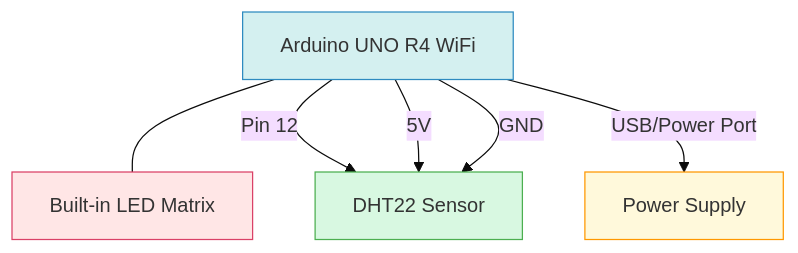
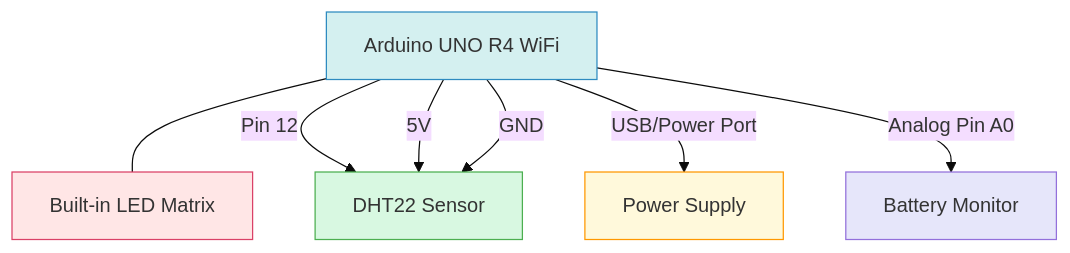
The second of 5 diagrams in README.md (Best-Company-A-S/office-clima-device), drawn with Mermaid (base theme) before and after one commit. The commit also changed other lines of this file and 1 other file, not shown here.

Commit message:
Updated README.md to include new features such as battery monitoring, OTA updates, and enhanced data buffering. Added project status section and updated installation instructions. Improved communication protocol details with battery status information.

````diff
--- a/README.md
+++ b/README.md
@@ -41,13 +55,15 @@
 ```mermaid
 graph TD
     A[Arduino UNO R4 WiFi] --- B[Built-in LED Matrix]
     A -- Pin 12 --> C[DHT22 Sensor]
     A -- 5V --> C
     A -- GND --> C
     A -- USB/Power Port --> D[Power Supply]
+    A -- Analog Pin A0 --> E[Battery Monitor]
 
     style A fill:#d4f0f0,stroke:#2E8BC0
     style B fill:#FFE6E6,stroke:#DA4167
     style C fill:#d8f8e1,stroke:#4CAF50
     style D fill:#fff9db,stroke:#FF9800
+    style E fill:#e6e6fa,stroke:#9370DB
 ```
````
